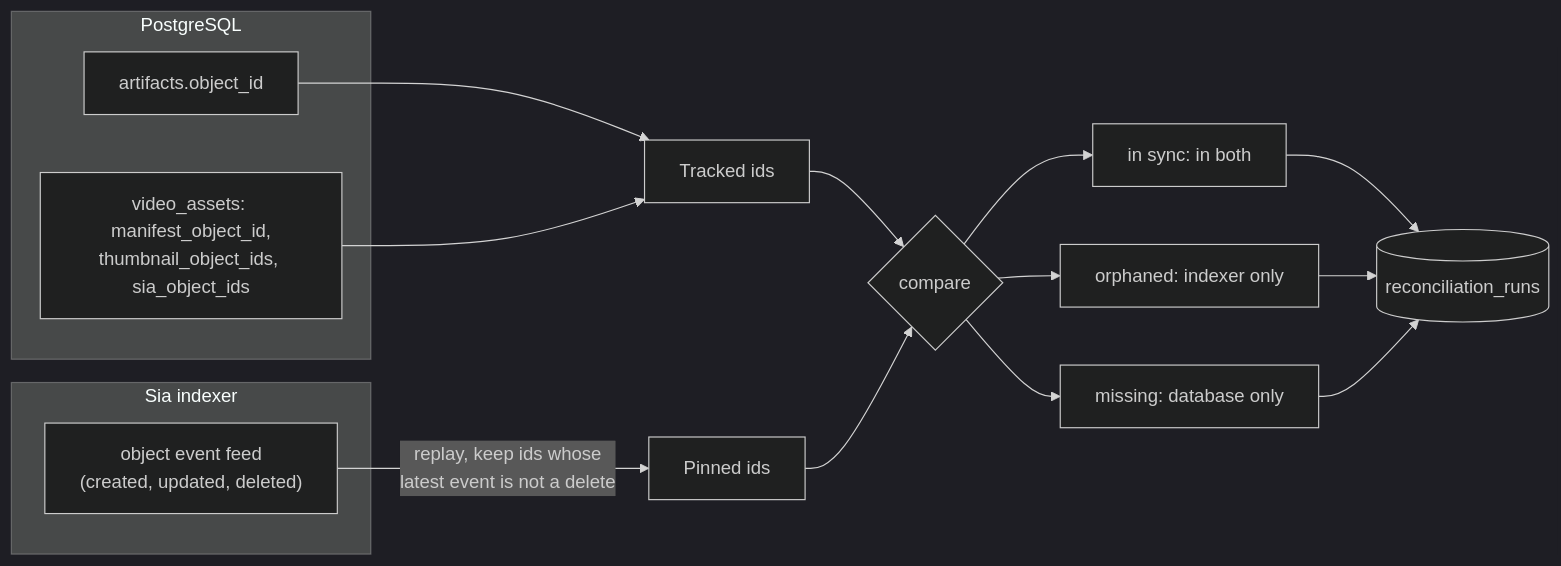
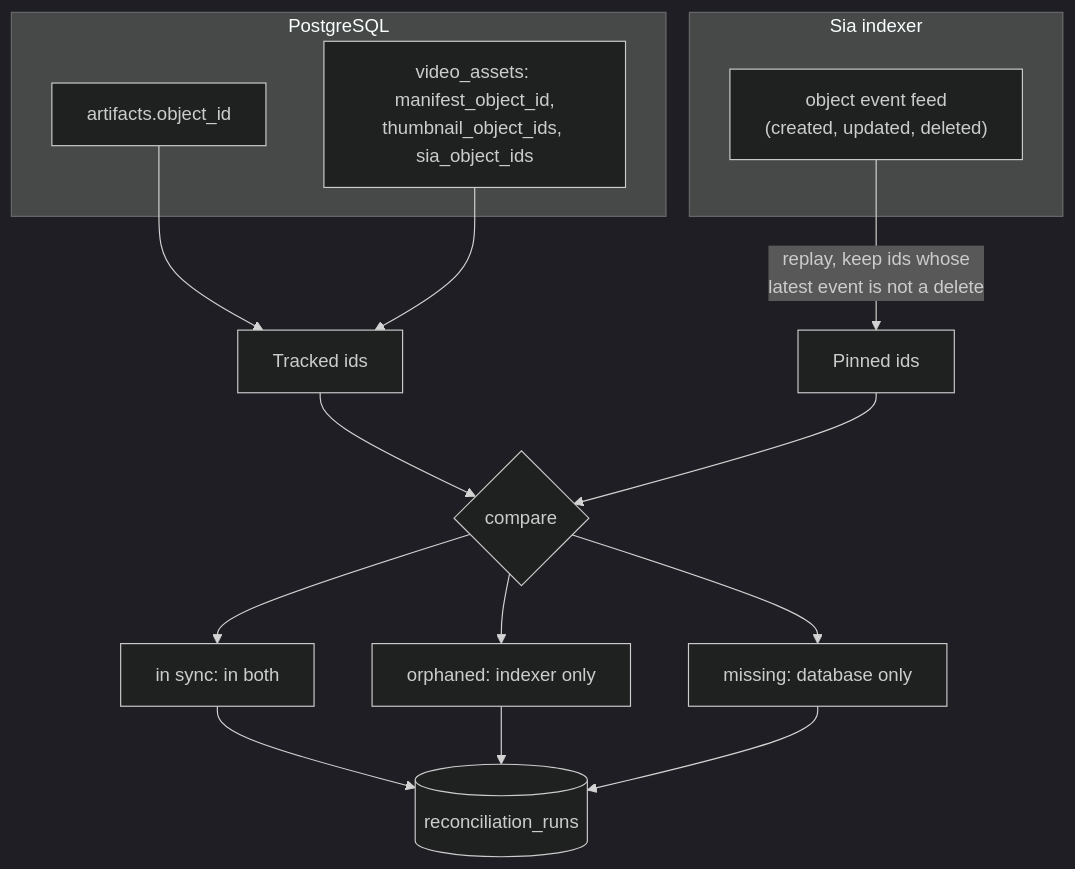
One commit to justmert/Sluby changed the second of 2 diagrams in docs/architecture/deletion-and-reconciliation.md. Above: the diagram before and after it, drawn with Mermaid (dark theme). The commit also changed 5 other files, not shown here.

Commit message:
lay out the architecture diagrams to fit the content column

````diff
--- a/docs/architecture/deletion-and-reconciliation.md
+++ b/docs/architecture/deletion-and-reconciliation.md
@@ -69,21 +69,21 @@
 ```mermaid
-flowchart LR
+flowchart TB
   subgraph db [PostgreSQL]
     a[artifacts.object_id]
     v["video_assets: manifest_object_id,<br/>thumbnail_object_ids, sia_object_ids"]
   end
   subgraph idx [Sia indexer]
     f["object event feed<br/>(created, updated, deleted)"]
   end
   a --> dbset[Tracked ids]
   v --> dbset
   f -- "replay, keep ids whose<br/>latest event is not a delete" --> ixset[Pinned ids]
   dbset --> diff{compare}
   ixset --> diff
   diff --> sync[in sync: in both]
   diff --> orphan[orphaned: indexer only]
   diff --> missing[missing: database only]
   sync --> run[(reconciliation_runs)]
   orphan --> run
   missing --> run
 ```
````
